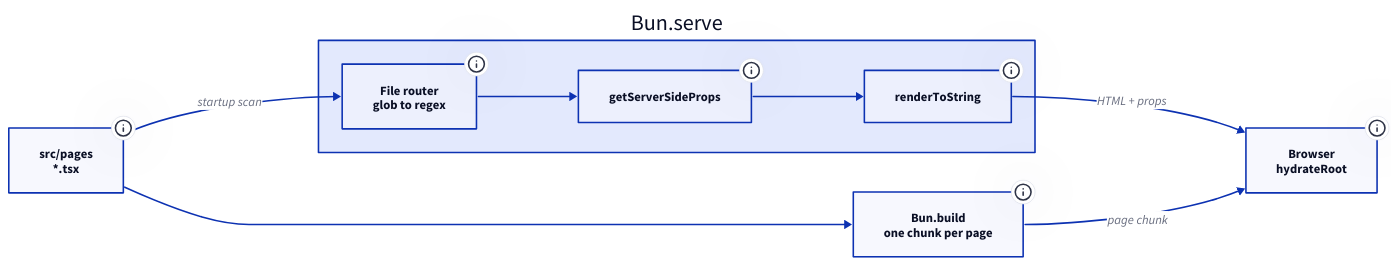
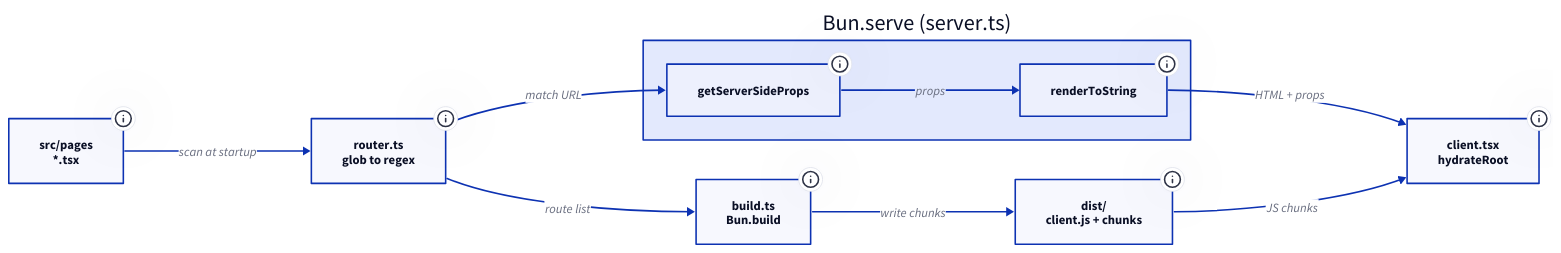
Before and after one commit to kunalgoesbyken/portfoliov1: the diagram in data/projects/diagrams/un-nexted-lifecycle.d2, drawn with D2. The commit also changed 54 other files, not shown here.

Commit message:
Describe each architecture from its codebase, add stack logos, drop redundant stats and card styling

```diff
--- a/data/projects/diagrams/un-nexted-lifecycle.d2
+++ b/data/projects/diagrams/un-nexted-lifecycle.d2
@@ -1,38 +1,46 @@
 direction: right
 
 pages: src/pages\n*.tsx {
   class: store
-  tooltip: "about.tsx becomes /about and blog/[slug].tsx a dynamic route. Files starting with an underscore are skipped."
+  tooltip: "The app code. index.tsx is /, about.tsx is /about and blog/[slug].tsx is a dynamic route. _app.tsx, _document.tsx and nested files that start with an underscore are skipped."
 }
 
-server: Bun.serve {
+router: router.ts\nglob to regex {
+  class: service
+  tooltip: "Bun.Glob scans src/pages once at startup. Each file becomes a URL pattern compiled to a regular expression with a capture group per [param], and match() returns the first route that fits along with its params."
+}
+
+server: Bun.serve (server.ts) {
   class: zone
-  router: File router\nglob to regex {
-    class: service
-    tooltip: "Bun.Glob scans the pages folder at startup, normalises path separators, and compiles each pattern to a regular expression with named capture groups for params. Only the literal parts are escaped."
-  }
   data: getServerSideProps {
     class: service
-    tooltip: "Awaited per request with params and pathname. A throwing data function renders a 500 page instead of crashing the server; an unmatched path renders the 404 page."
+    tooltip: "renderPage imports the matched page module and awaits getServerSideProps with params and pathname, merging the result into the props. An unmatched path renders 404.tsx with status 404, and a failed import or throwing data function returns a plain 500 page."
   }
   render: renderToString {
     class: service
-    tooltip: "react-dom/server renders HTML. Props are embedded as JSON with the less-than sign escaped, so serialised data can never close the script tag. About 1 ms to first byte for a static page."
+    tooltip: "react-dom/server renders the page into an HTML template. The pathname, props and page file path are written into a script tag with id __UNNEXTED_DATA__ as JSON with the less-than sign escaped, so the data cannot close the tag."
   }
-  router -> data -> render
+  data -> render: props
 }
 
-build: Bun.build\none chunk per page {
+build: build.ts\nBun.build {
   class: service
-  tooltip: "A build plugin generates a page map of literal imports, so Bun.build code-splits every page into its own lazily loaded chunk."
+  tooltip: "Bundles client.tsx for the browser as ES modules with code splitting. A plugin supplies the virtual module unnexted:pages, a map from each page's file path to a literal import(), so every page becomes its own chunk. It runs at every server start."
 }
 
-browser: Browser\nhydrateRoot {
-  class: client
-  tooltip: "Reads the embedded props, loads only the matched page chunk and hydrates, so React attaches handlers to the server HTML instead of re-rendering it."
+dist: dist/\nclient.js + chunks {
+  class: store
+  tooltip: "Build output. Bun.serve returns .js and .js.map files from here by file name, with no-cache in development and a one-year max-age in production."
 }
 
-pages -> server.router: startup scan
-pages -> build
+browser: client.tsx\nhydrateRoot {
+  class: client
+  tooltip: "Reads the embedded data, looks up the page loader in unnexted:pages by file path, imports only that chunk and calls hydrateRoot with the same props, so React attaches handlers to the server HTML instead of re-rendering it."
+}
+
+pages -> router: scan at startup
+router -> server.data: match URL
+router -> build: route list
+build -> dist: write chunks
 server.render -> browser: HTML + props
-build -> browser: page chunk
+dist -> browser: JS chunks
```
